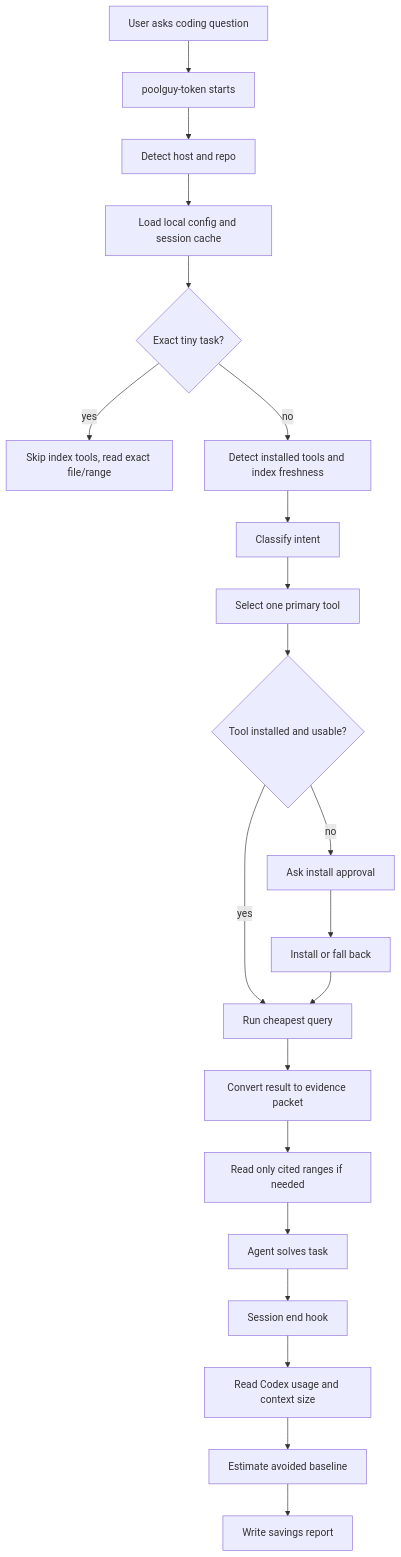
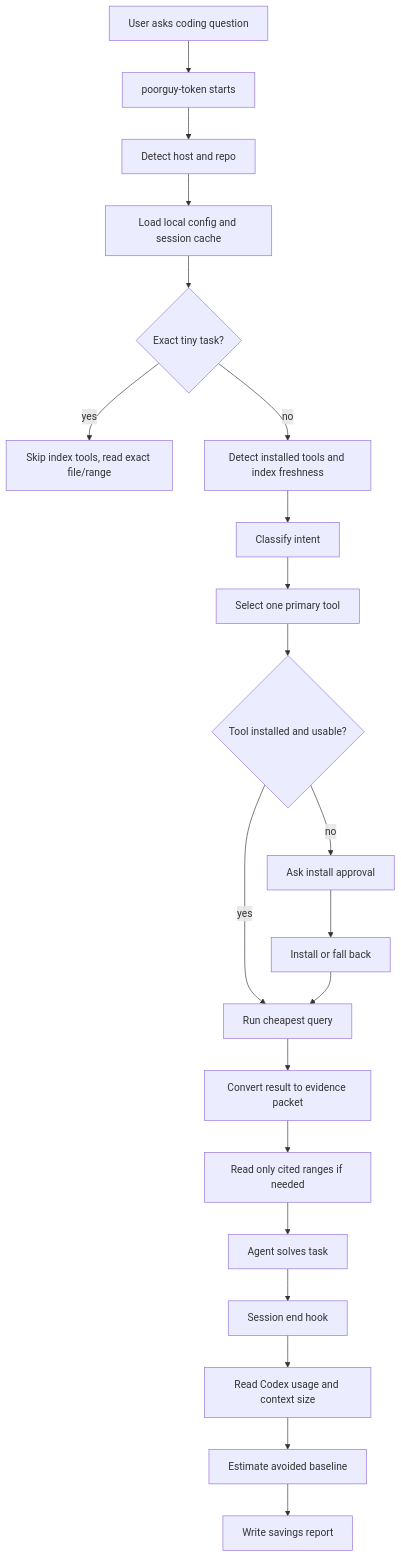
Before and after one commit to GitDzreal93/poorguy-token: the first of 6 diagrams in docs/detailed-design.md, drawn with Mermaid. The commit also changed other lines of this file and 4 other files, not shown here.

Commit message:
Rename skill to poorguy-token

````diff
--- a/docs/detailed-design.md
+++ b/docs/detailed-design.md
@@ -270,23 +270,23 @@
 ```mermaid
 flowchart TD
-  A[User asks coding question] --> B[poolguy-token starts]
+  A[User asks coding question] --> B[poorguy-token starts]
   B --> C[Detect host and repo]
   C --> D[Load local config and session cache]
   D --> E{Exact tiny task?}
   E -- yes --> F[Skip index tools, read exact file/range]
   E -- no --> G[Detect installed tools and index freshness]
   G --> H[Classify intent]
   H --> I[Select one primary tool]
   I --> J{Tool installed and usable?}
   J -- no --> K[Ask install approval]
   K --> L[Install or fall back]
   J -- yes --> M[Run cheapest query]
   L --> M
   M --> N[Convert result to evidence packet]
   N --> O[Read only cited ranges if needed]
   O --> P[Agent solves task]
   P --> Q[Session end hook]
   Q --> R[Read Codex usage and context size]
   R --> S[Estimate avoided baseline]
   S --> T[Write savings report]
 ```
````
